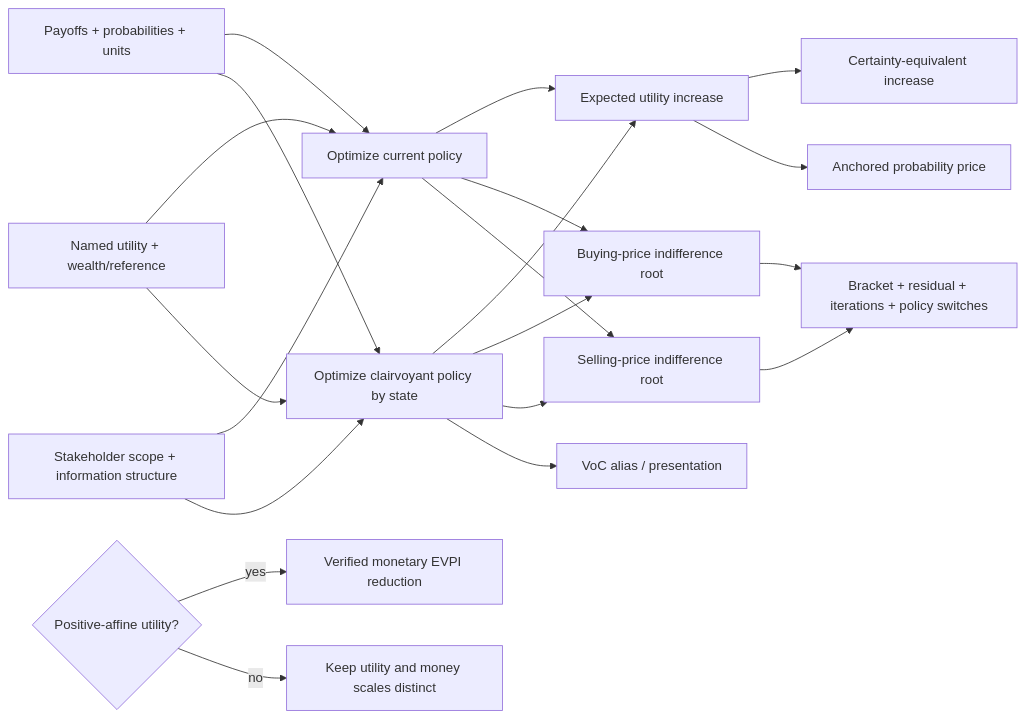
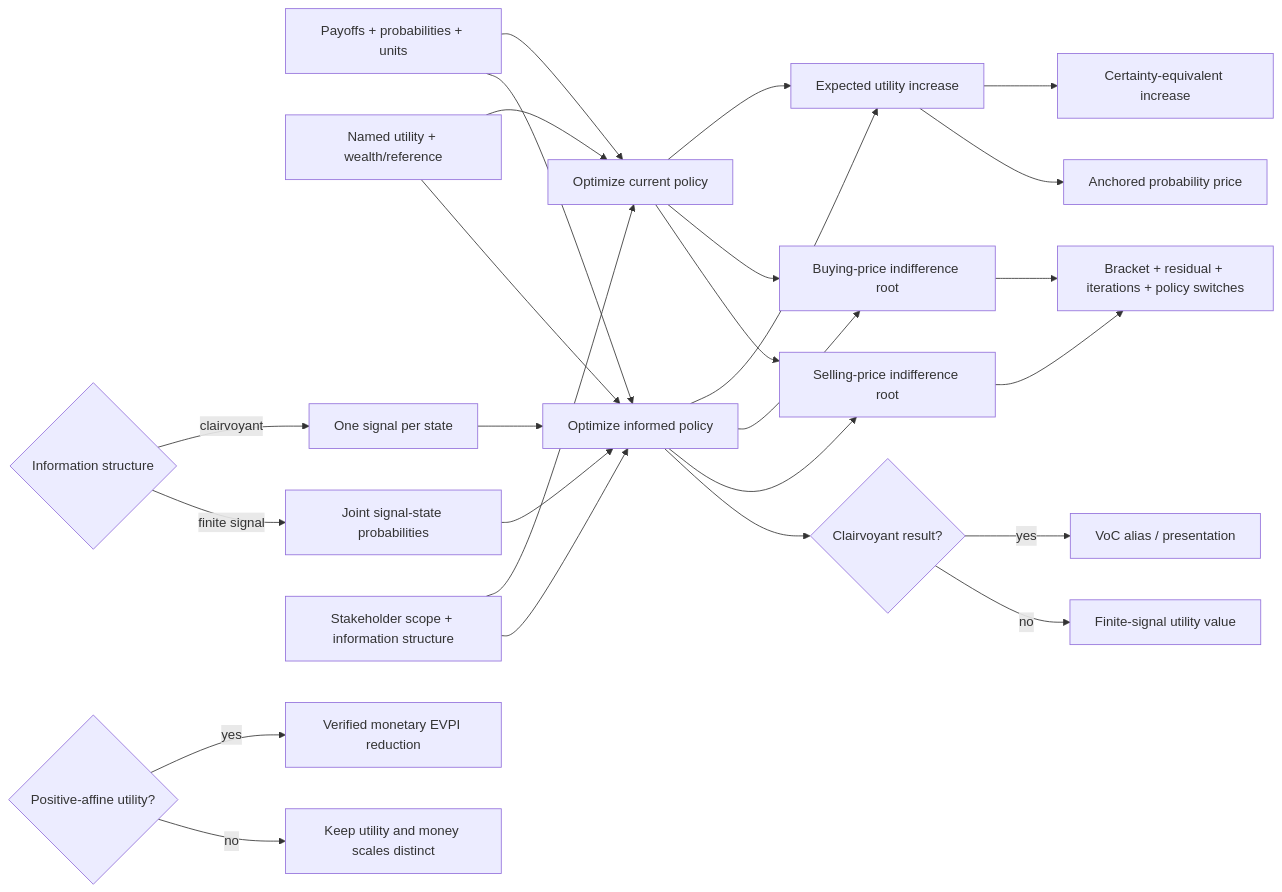
One commit to edithatogo/voiage changed the first of 2 diagrams in conductor/tracks/risk_adjusted_information_pricing_20260731/design.md. Above: the diagram before and after it, drawn with Mermaid. The commit also changed 5 other files, not shown here.

````diff
--- a/conductor/tracks/risk_adjusted_information_pricing_20260731/design.md
+++ b/conductor/tracks/risk_adjusted_information_pricing_20260731/design.md
@@ -3,22 +3,28 @@
 ```mermaid
 flowchart LR
     Problem["Payoffs + probabilities + units"] --> Current["Optimize current policy"]
     Utility["Named utility + wealth/reference"] --> Current
-    Utility --> Informed["Optimize clairvoyant policy by state"]
+    Utility --> Informed["Optimize informed policy"]
     Problem --> Informed
+    Information{"Information structure"} -->|clairvoyant| States["One signal per state"]
+    Information -->|finite signal| Signals["Joint signal-state probabilities"]
+    States --> Informed
+    Signals --> Informed
     Scope["Stakeholder scope + information structure"] --> Current
     Scope --> Informed
     Current --> EUI["Expected utility increase"]
     Informed --> EUI
     EUI --> CEI["Certainty-equivalent increase"]
     Current --> Buy["Buying-price indifference root"]
     Informed --> Buy
     Current --> Sell["Selling-price indifference root"]
     Informed --> Sell
     EUI --> PPI["Anchored probability price"]
     Buy --> Diagnostics["Bracket + residual + iterations + policy switches"]
     Sell --> Diagnostics
-    Informed --> VoC["VoC alias / presentation"]
+    Informed --> Kind{"Clairvoyant result?"}
+    Kind -->|yes| VoC["VoC alias / presentation"]
+    Kind -->|no| SignalValue["Finite-signal utility value"]
     Affine{"Positive-affine utility?"} -->|yes| EVPI["Verified monetary EVPI reduction"]
     Affine -->|no| Distinct["Keep utility and money scales distinct"]
 ```
````
